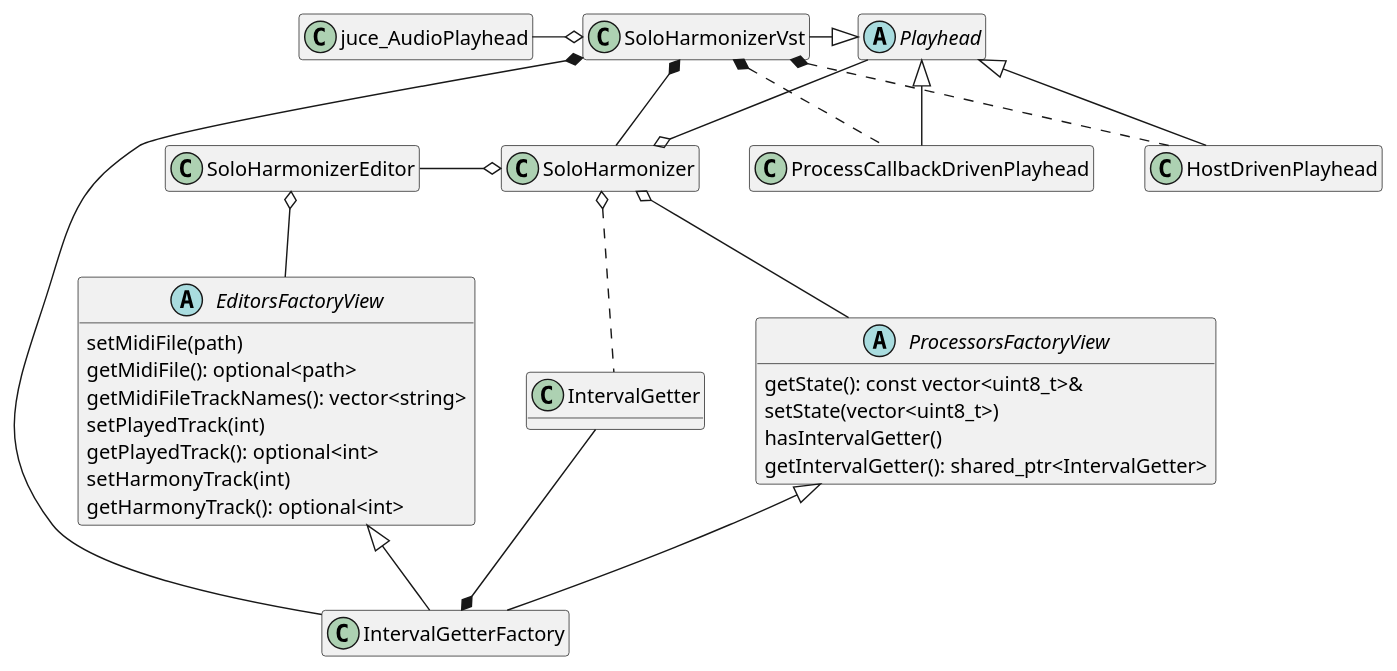
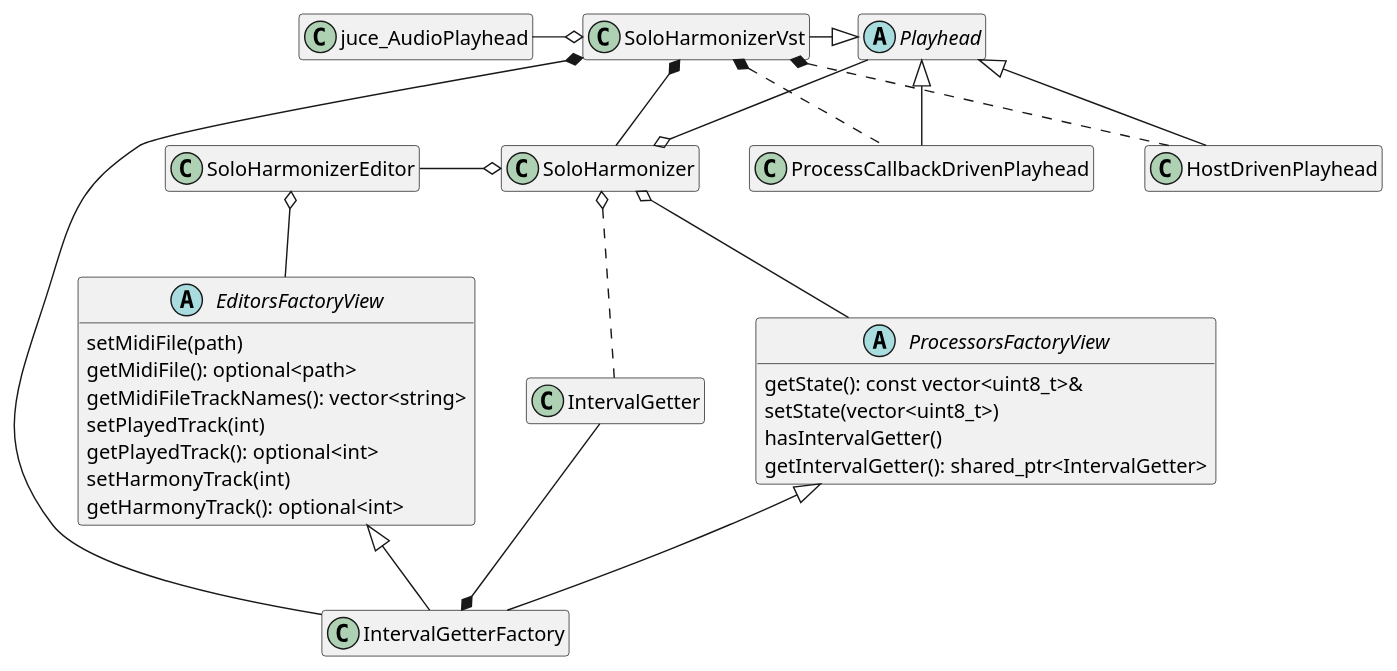
One commit to saintmatthieu/solo-harmonizer changed the diagram in _doc/class-diagram.puml. Above: the diagram before and after it, drawn with PlantUML. The commit also changed 8 other files, not shown here.

```diff
--- a/_doc/class-diagram.puml
+++ b/_doc/class-diagram.puml
@@ -1,59 +1,60 @@
 @startuml
 
 hide fields
 hide SoloHarmonizer methods
 hide SoloHarmonizerEditor methods
 hide IntervalGetterFactory methods
 hide juce_AudioPlayhead methods
 hide Playhead methods
 hide SoloHarmonizerVst methods
 hide ProcessCallbackDrivenPlayhead methods
 hide HostDrivenPlayhead methods
+hide IntervalGetter methods
 
 abstract class Playhead
 class SoloHarmonizer
 class SoloHarmonizerEditor
 class SoloHarmonizerVst
 class ProcessCallbackDrivenPlayhead
 class HostDrivenPlayhead
 
 abstract class EditorsFactoryView {
   setMidiFile(path)
   getMidiFile(): optional<path>
   getMidiFileTrackNames(): vector<string>
   setPlayedTrack(int)
   getPlayedTrack(): optional<int>
   setHarmonyTrack(int)
   getHarmonyTrack(): optional<int>
 }
 
 abstract class ProcessorsFactoryView {
   getState(): const vector<uint8_t>&
   setState(vector<uint8_t>)
   hasIntervalGetter()
   getIntervalGetter(): shared_ptr<IntervalGetter>
 }
 
 class IntervalGetterFactory
 class IntervalGetter
 
 SoloHarmonizerVst *- IntervalGetterFactory
 SoloHarmonizerVst *-- SoloHarmonizer
 SoloHarmonizerVst *.. ProcessCallbackDrivenPlayhead
 SoloHarmonizerVst *.. HostDrivenPlayhead
 SoloHarmonizerEditor -o SoloHarmonizer
 SoloHarmonizer o-- ProcessorsFactoryView
 SoloHarmonizerEditor o-- EditorsFactoryView
 
 EditorsFactoryView <|-- IntervalGetterFactory
 ProcessorsFactoryView <|-- IntervalGetterFactory
 SoloHarmonizer o. IntervalGetter
 IntervalGetter --* IntervalGetterFactory
 
 juce_AudioPlayhead -o SoloHarmonizerVst
 SoloHarmonizerVst -|> Playhead
 Playhead <|-- ProcessCallbackDrivenPlayhead
 Playhead <|-- HostDrivenPlayhead
 Playhead --o SoloHarmonizer
 
 @enduml
```
